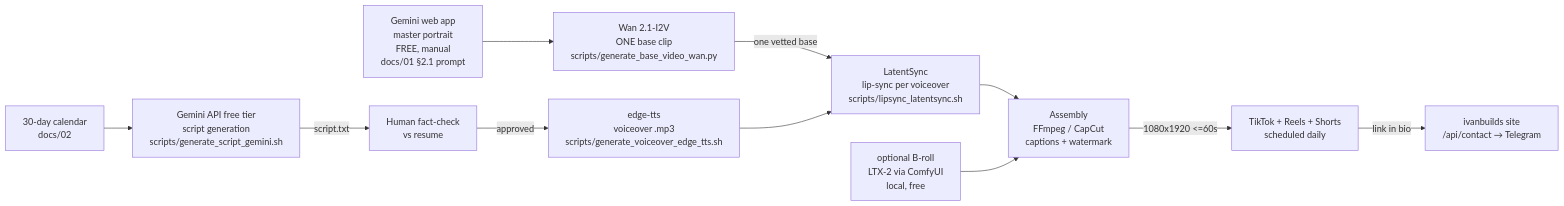
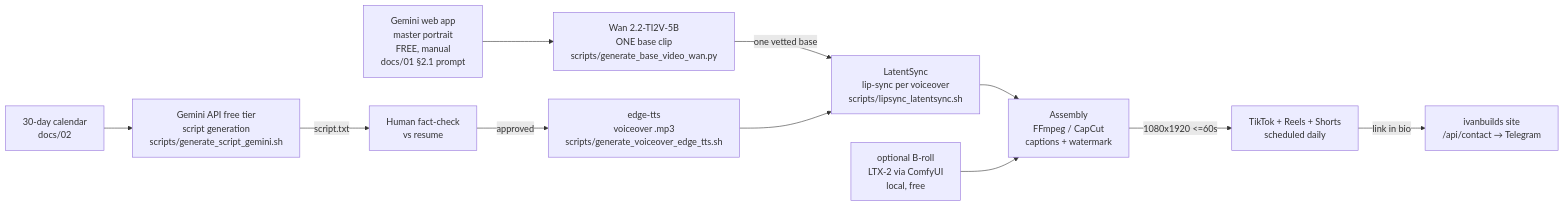
Before and after one commit to hypertun/Persona1: the diagram in docs/04_GENERATION_PIPELINE.md, drawn with Mermaid. The commit also changed other lines of this file and 1 other file, not shown here.

Commit message:
docs: base clip model = Wan 2.2-TI2V-5B (clip generated, PLAN item 6 half-done)

````diff
--- a/docs/04_GENERATION_PIPELINE.md
+++ b/docs/04_GENERATION_PIPELINE.md
@@ -13,13 +13,13 @@
 ```mermaid
 flowchart LR
     A[30-day calendar<br/>docs/02] --> B[Gemini API free tier<br/>script generation<br/>scripts/generate_script_gemini.sh]
     B -->|script.txt| C[Human fact-check<br/>vs resume]
     C -->|approved| D[edge-tts<br/>voiceover .mp3<br/>scripts/generate_voiceover_edge_tts.sh]
-    E[Gemini web app<br/>master portrait<br/>FREE, manual<br/>docs/01 §2.1 prompt] --> F[Wan 2.1-I2V<br/>ONE base clip<br/>scripts/generate_base_video_wan.py]
+    E[Gemini web app<br/>master portrait<br/>FREE, manual<br/>docs/01 §2.1 prompt] --> F[Wan 2.2-TI2V-5B<br/>ONE base clip<br/>scripts/generate_base_video_wan.py]
     F -->|one vetted base| G[LatentSync<br/>lip-sync per voiceover<br/>scripts/lipsync_latentsync.sh]
     D --> G
     G --> H[Assembly<br/>FFmpeg / CapCut<br/>captions + watermark]
     I[optional B-roll<br/>LTX-2 via ComfyUI<br/>local, free] --> H
     H -->|1080x1920 <=60s| J[TikTok + Reels + Shorts<br/>scheduled daily]
     J -->|link in bio| K[ivanbuilds site<br/>/api/contact → Telegram]
 ```
````
